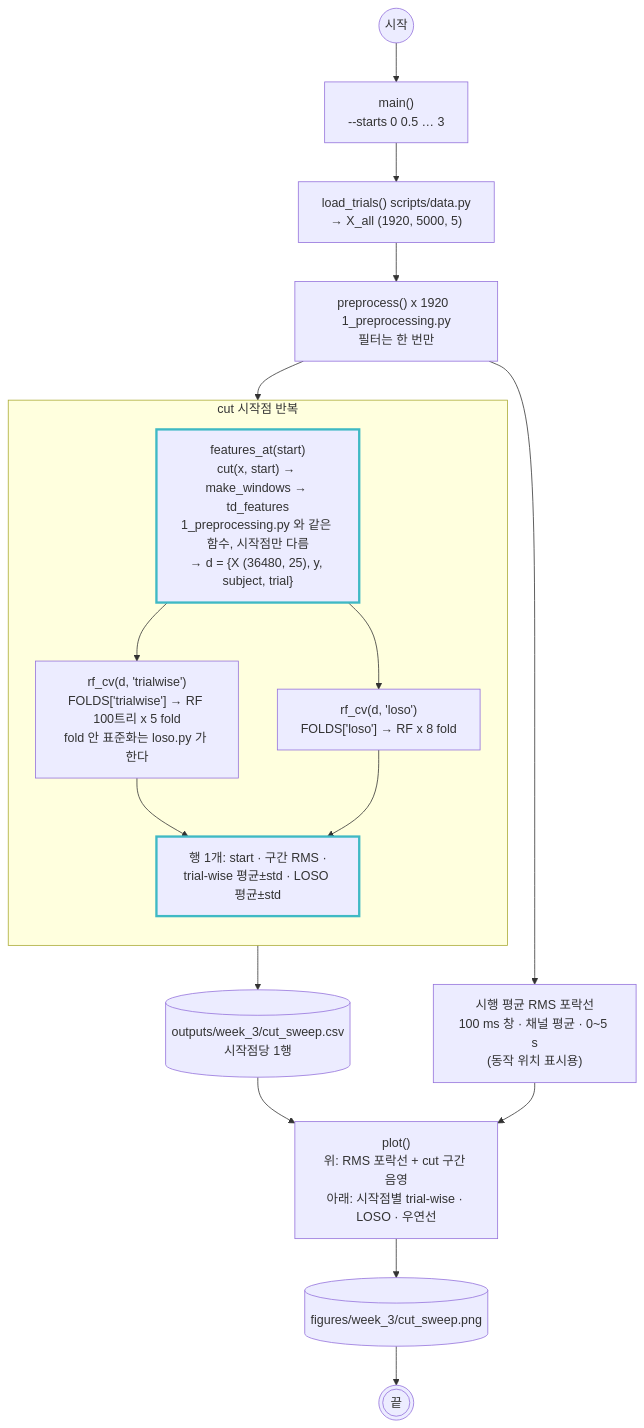
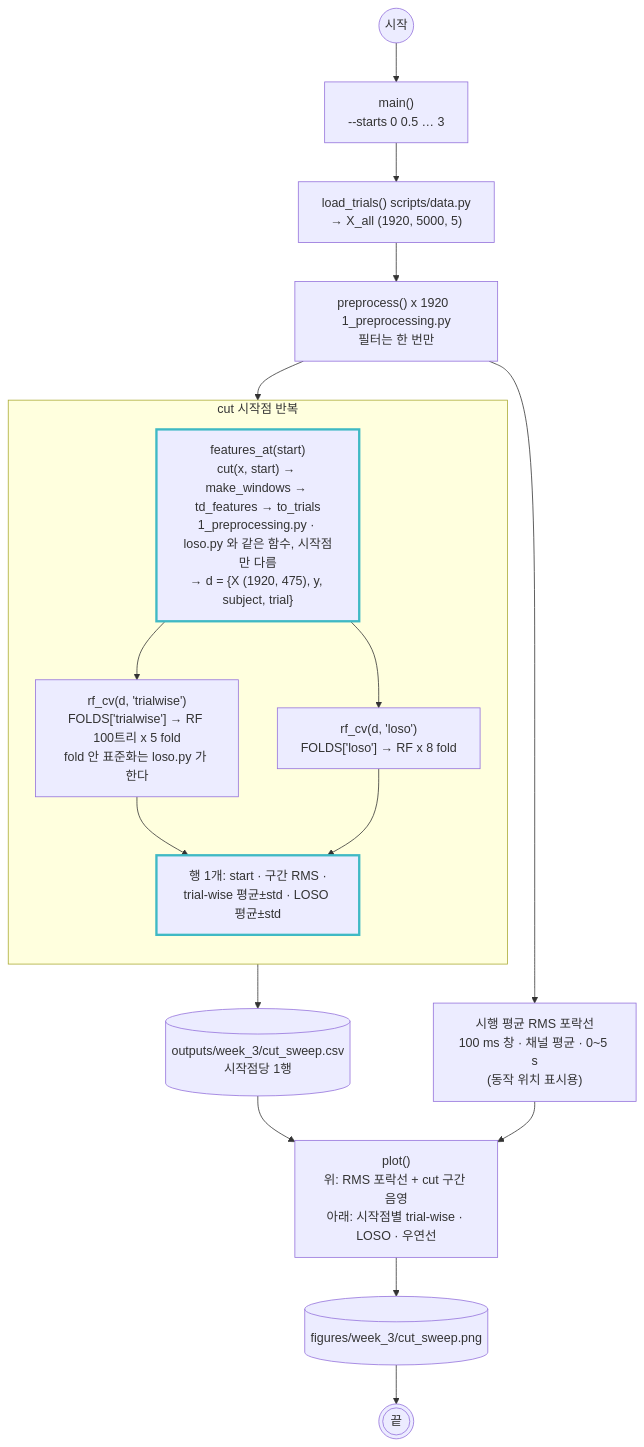
Before and after one commit to wm-shin/semg_arm_pred: the diagram in docs/cut_sweep.md, drawn with Mermaid. The commit also changed other lines of this file and 24 other files, not shown here.

````diff
--- a/docs/cut_sweep.md
+++ b/docs/cut_sweep.md
@@ -7,27 +7,27 @@
 ```mermaid
 flowchart TD
     start((시작)) --> M["main()<br/>--starts 0 0.5 … 3"]
     M --> L["load_trials()  scripts/data.py<br/>→ X_all (1920, 5000, 5)"]
     L --> F["preprocess() x 1920  1_preprocessing.py<br/>필터는 한 번만"]
     F --> ENV["시행 평균 RMS 포락선<br/>100 ms 창 · 채널 평균 · 0~5 s<br/>(동작 위치 표시용)"]
 
     subgraph G["cut 시작점 반복"]
         direction TB
-        C["features_at(start)<br/>cut(x, start) → make_windows → td_features<br/>1_preprocessing.py 와 같은 함수, 시작점만 다름<br/>→ d = {X (36480, 25), y, subject, trial}"]
+        C["features_at(start)<br/>cut(x, start) → make_windows → td_features → to_trials<br/>1_preprocessing.py · loso.py 와 같은 함수, 시작점만 다름<br/>→ d = {X (1920, 475), y, subject, trial}"]
         TW["rf_cv(d, 'trialwise')<br/>FOLDS['trialwise'] → RF 100트리 x 5 fold<br/>fold 안 표준화는 loso.py 가 한다"]
         LO["rf_cv(d, 'loso')<br/>FOLDS['loso'] → RF x 8 fold"]
         R["행 1개: start · 구간 RMS ·<br/>trial-wise 평균±std · LOSO 평균±std"]
         C --> TW --> R
         C --> LO --> R
     end
     F --> G
 
     R --> CSV[("outputs/week_3/cut_sweep.csv<br/>시작점당 1행")]
     CSV --> P["plot()<br/>위: RMS 포락선 + cut 구간 음영<br/>아래: 시작점별 trial-wise · LOSO · 우연선"]
     ENV --> P
     P --> PNG[("figures/week_3/cut_sweep.png")]
     PNG --> stop(((끝)))
 
     style C stroke:#3fb9c4,stroke-width:3px
     style R stroke:#3fb9c4,stroke-width:3px
 ```
````
